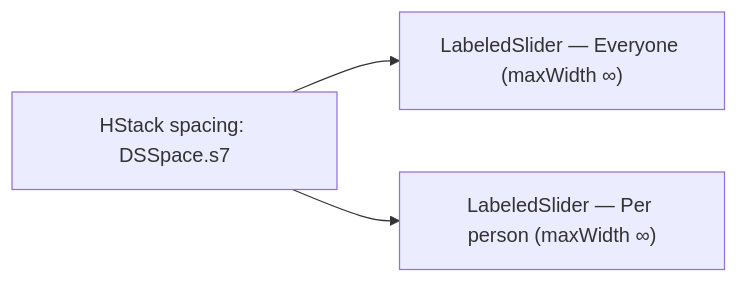
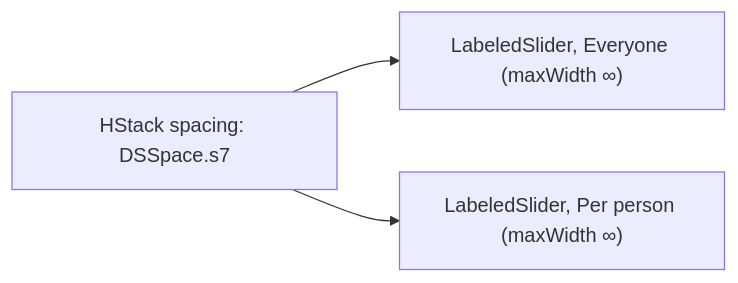
The diagram in design-system/components/cooldown-slider-pair.md (MrDemonWolf/WolfWave), drawn with Mermaid before and after one commit. The commit also changed other lines of this file and 152 other files, not shown here.

````diff
--- a/design-system/components/cooldown-slider-pair.md
+++ b/design-system/components/cooldown-slider-pair.md
@@ -42,6 +42,6 @@
 ```mermaid
 flowchart LR
     Row[HStack spacing: DSSpace.s7]
-    Row --> Left["LabeledSlider — Everyone (maxWidth ∞)"]
-    Row --> Right["LabeledSlider — Per person (maxWidth ∞)"]
+    Row --> Left["LabeledSlider, Everyone (maxWidth ∞)"]
+    Row --> Right["LabeledSlider, Per person (maxWidth ∞)"]
 ```
````
